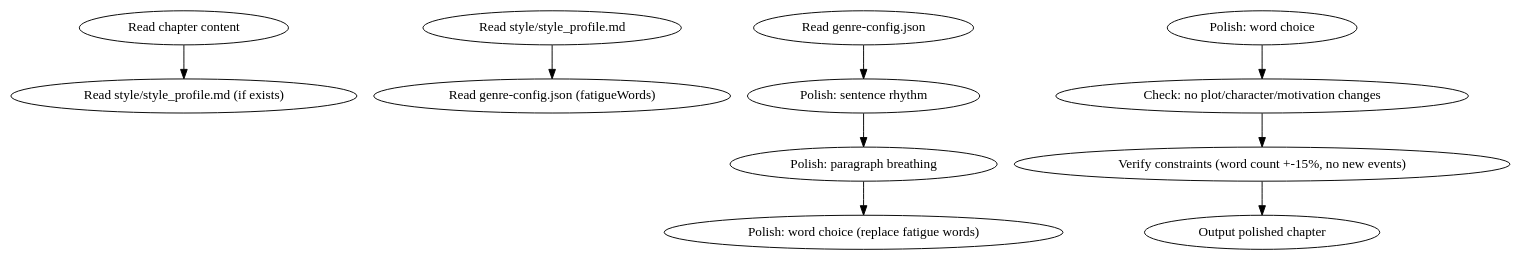
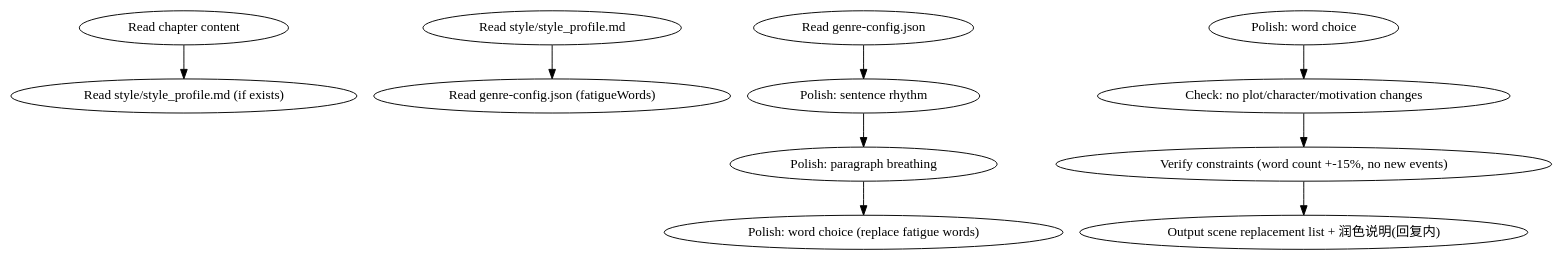
Before and after one commit to ThomasChangX/shenbi: the diagram in skills/shenbi-style-polishing/SKILL.md, drawn with Graphviz. The commit also changed other lines of this file and 19 other files, not shown here.

````diff
--- a/skills/shenbi-style-polishing/SKILL.md
+++ b/skills/shenbi-style-polishing/SKILL.md
@@ -45,12 +45,12 @@
 ```dot
 digraph style_polishing {
     "Read chapter content" -> "Read style/style_profile.md (if exists)";
     "Read style/style_profile.md" -> "Read genre-config.json (fatigueWords)";
     "Read genre-config.json" -> "Polish: sentence rhythm";
     "Polish: sentence rhythm" -> "Polish: paragraph breathing";
     "Polish: paragraph breathing" -> "Polish: word choice (replace fatigue words)";
     "Polish: word choice" -> "Check: no plot/character/motivation changes";
     "Check: no plot/character/motivation changes" -> "Verify constraints (word count +-15%, no new events)";
-    "Verify constraints (word count +-15%, no new events)" -> "Output polished chapter";
+    "Verify constraints (word count +-15%, no new events)" -> "Output scene replacement list + 润色说明(回复内)";
 }
 ```
````
